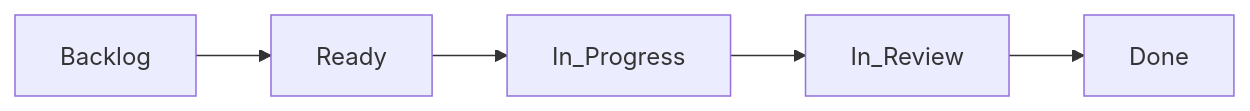
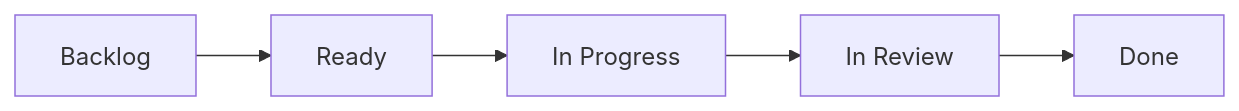
The diagram in content/blocks/backlog/index.md (CodeYourFuture/curriculum), drawn with Mermaid before and after one commit.

Commit message:
Use spaces not underscores in flowchart
Underscores look a bit messy - instead, use different captions from node
identifiers.

````diff
--- a/content/blocks/backlog/index.md
+++ b/content/blocks/backlog/index.md
@@ -17,7 +17,7 @@
 ```mermaid
 flowchart LR
     Backlog --> Ready
-    Ready --> In_Progress
-    In_Progress --> In_Review
-    In_Review --> Done
+    Ready --> in_progress
+    in_progress[In Progress] --> in_review
+    in_review[In Review] --> Done
 ```
````
